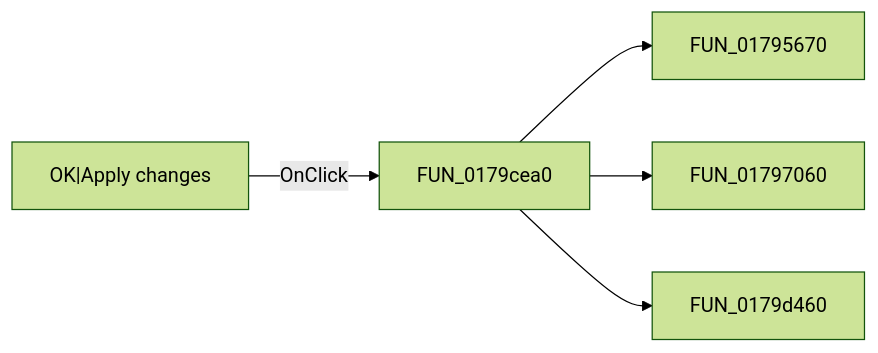
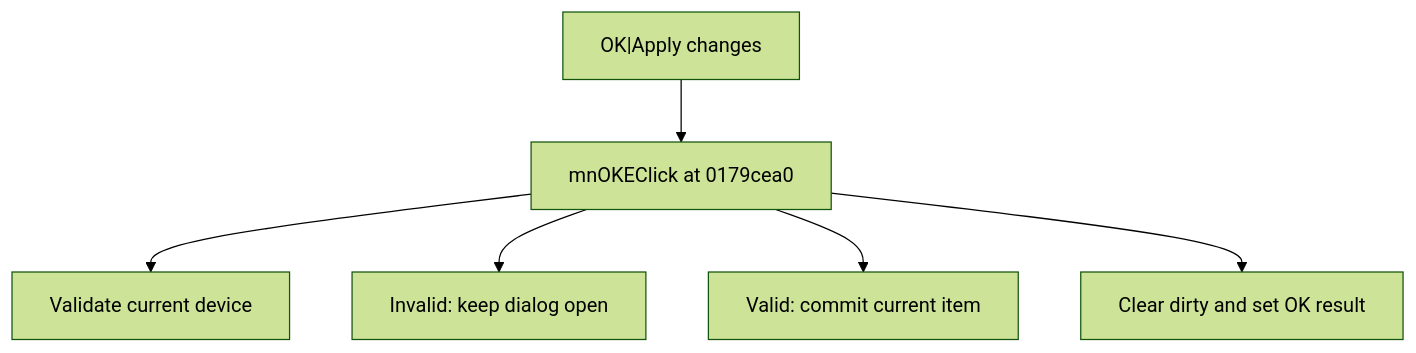
The diagram in docs/ui-controls/shapeedit/sboke-bb60303554.md (MovGP0/TIARA), drawn with Mermaid (forest theme) before and after one commit. The commit also changed other lines of this file and 1062 other files, not shown here.

````diff
--- a/docs/ui-controls/shapeedit/sboke-bb60303554.md
+++ b/docs/ui-controls/shapeedit/sboke-bb60303554.md
@@ -27,7 +27,8 @@
 ```mermaid
-flowchart LR
-    control["OK|Apply changes"] -->|OnClick| handler["FUN_0179cea0"]
-    handler --> call1["FUN_01795670"]
-    handler --> call2["FUN_01797060"]
-    handler --> call3["FUN_0179d460"]
+flowchart TD
+    control["OK|Apply changes"] --> handler["mnOKEClick at 0179cea0"]
+    handler --> step1["Validate current device"]
+    handler --> step2["Invalid: keep dialog open"]
+    handler --> step3["Valid: commit current item"]
+    handler --> step4["Clear dirty and set OK result"]
 ```
````
